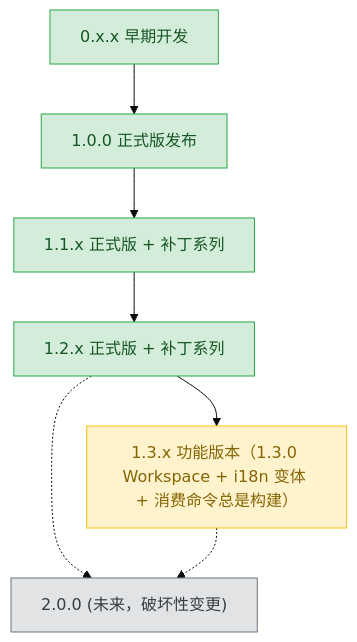
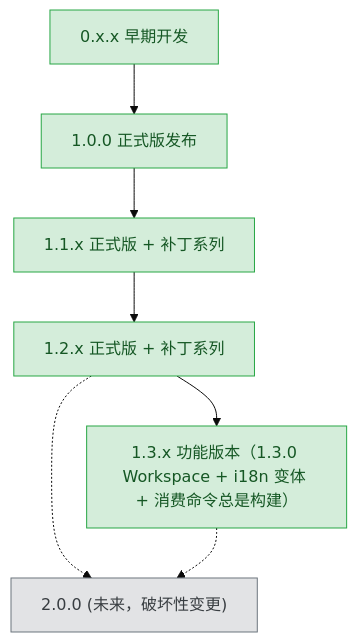
The diagram in plans/README.md (3667808244/EazyMake), drawn with Mermaid (base theme) before and after one commit. The commit also changed other lines of this file and 4 other files, not shown here.

````diff
--- a/plans/README.md
+++ b/plans/README.md
@@ -61,26 +61,26 @@
 ```mermaid
 graph TD
     v0xx["0.x.x 早期开发"]
     v100["1.0.0 正式版发布"]
     v11x["1.1.x 正式版 + 补丁系列"]
     v12x["1.2.x 正式版 + 补丁系列"]
     v13x["1.3.x 功能版本（1.3.0 Workspace + i18n 变体 + 消费命令总是构建）"]
     v200["2.0.0 (未来，破坏性变更)"]
 
     v0xx --> v100
     v100 --> v11x
     v11x --> v12x
     v12x --> v13x
     v12x -.-> v200
     v13x -.-> v200
 
     classDef done fill:#d4edda,stroke:#28a745,color:#155724;
     classDef active fill:#fff3cd,stroke:#ffc107,color:#856404;
     classDef todo fill:#e2e3e5,stroke:#6c757d,color:#383d41;
 
     class v0xx,v100 done;
     class v11x done;
     class v12x done;
-    class v13x active;
+    class v13x done;
     class v200 todo;
 ```
````
